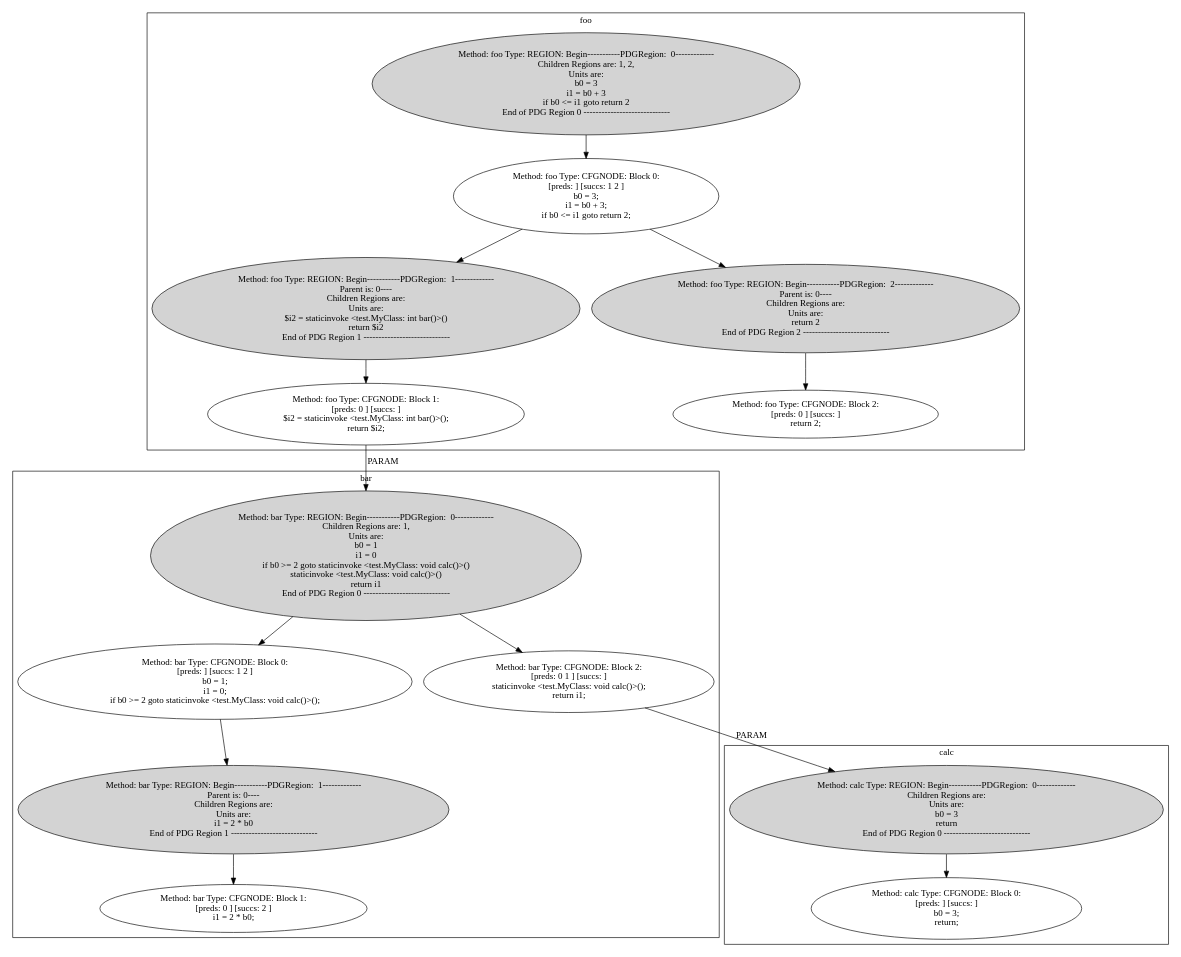
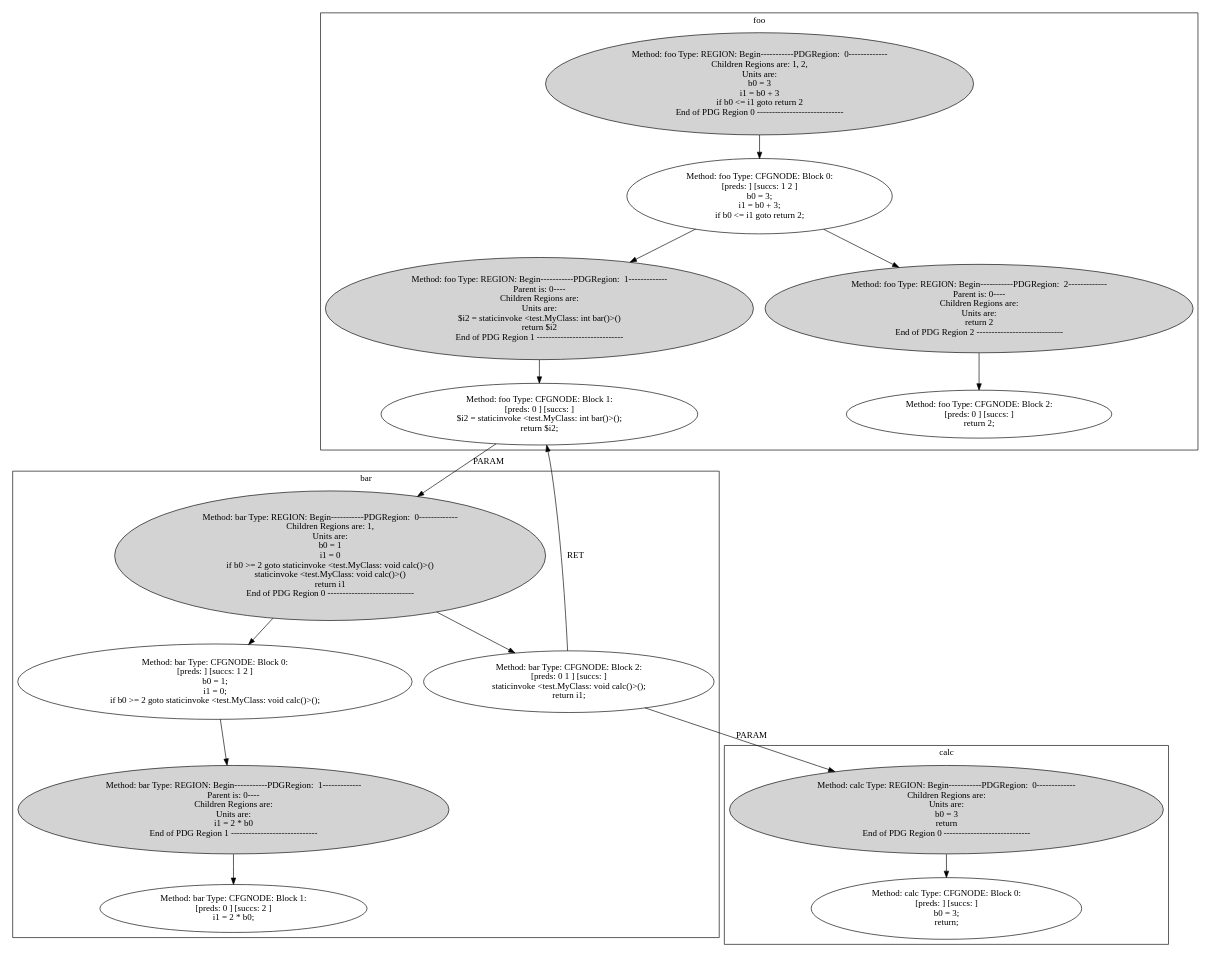
Before and after one commit to LasseThostrup/PTAA_Project: the diagram in soot_test_v2/output/dotGraphTest.dot, drawn with Graphviz. The commit also changed 1 other file, not shown here.

Commit message:
Added simple support for creating return edges

```diff
--- a/soot_test_v2/output/dotGraphTest.dot
+++ b/soot_test_v2/output/dotGraphTest.dot
@@ -1,40 +1,41 @@
 digraph "System Dependence Graph" {
     subgraph "cluster_foo" {
         label="foo";
-        "880654310" [label="Method: foo Type: REGION: Begin-----------PDGRegion:  0-------------\nChildren Regions are: 1, 2, \nUnits are: \nb0 = 3\ni1 = b0 + 3\nif b0 <= i1 goto return 2\nEnd of PDG Region 0 -----------------------------\n",style=filled,];
-        "1833564639" [label="Method: foo Type: CFGNODE: Block 0:\n[preds: ] [succs: 1 2 ]\nb0 = 3;\ni1 = b0 + 3;\nif b0 <= i1 goto return 2;\n",];
-        "880654310"->"1833564639";
-        "67824172" [style=filled,label="Method: foo Type: REGION: Begin-----------PDGRegion:  1-------------\nParent is: 0----\nChildren Regions are: \nUnits are: \n$i2 = staticinvoke <test.MyClass: int bar()>()\nreturn $i2\nEnd of PDG Region 1 -----------------------------\n",];
-        "1833564639"->"67824172";
-        "1218743501" [style=filled,label="Method: foo Type: REGION: Begin-----------PDGRegion:  2-------------\nParent is: 0----\nChildren Regions are: \nUnits are: \nreturn 2\nEnd of PDG Region 2 -----------------------------\n",];
-        "1833564639"->"1218743501";
-        "1602469048" [label="Method: foo Type: CFGNODE: Block 1:\n[preds: 0 ] [succs: ]\n$i2 = staticinvoke <test.MyClass: int bar()>();\nreturn $i2;\n",];
-        "67824172"->"1602469048";
-        "1104872709" [label="Method: foo Type: CFGNODE: Block 2:\n[preds: 0 ] [succs: ]\nreturn 2;\n",];
-        "1218743501"->"1104872709";
+        "1895334381" [label="Method: foo Type: REGION: Begin-----------PDGRegion:  0-------------\nChildren Regions are: 1, 2, \nUnits are: \nb0 = 3\ni1 = b0 + 3\nif b0 <= i1 goto return 2\nEnd of PDG Region 0 -----------------------------\n",style=filled,];
+        "295652216" [label="Method: foo Type: CFGNODE: Block 0:\n[preds: ] [succs: 1 2 ]\nb0 = 3;\ni1 = b0 + 3;\nif b0 <= i1 goto return 2;\n",];
+        "1895334381"->"295652216";
+        "1185981398" [style=filled,label="Method: foo Type: REGION: Begin-----------PDGRegion:  1-------------\nParent is: 0----\nChildren Regions are: \nUnits are: \n$i2 = staticinvoke <test.MyClass: int bar()>()\nreturn $i2\nEnd of PDG Region 1 -----------------------------\n",];
+        "295652216"->"1185981398";
+        "1872305359" [style=filled,label="Method: foo Type: REGION: Begin-----------PDGRegion:  2-------------\nParent is: 0----\nChildren Regions are: \nUnits are: \nreturn 2\nEnd of PDG Region 2 -----------------------------\n",];
+        "295652216"->"1872305359";
+        "74479789" [label="Method: foo Type: CFGNODE: Block 1:\n[preds: 0 ] [succs: ]\n$i2 = staticinvoke <test.MyClass: int bar()>();\nreturn $i2;\n",];
+        "1185981398"->"74479789";
+        "1946331169" [label="Method: foo Type: CFGNODE: Block 2:\n[preds: 0 ] [succs: ]\nreturn 2;\n",];
+        "1872305359"->"1946331169";
     }
     subgraph "cluster_bar" {
         label="bar";
-        "429877854" [label="Method: bar Type: REGION: Begin-----------PDGRegion:  0-------------\nChildren Regions are: 1, \nUnits are: \nb0 = 1\ni1 = 0\nif b0 >= 2 goto staticinvoke <test.MyClass: void calc()>()\nstaticinvoke <test.MyClass: void calc()>()\nreturn i1\nEnd of PDG Region 0 -----------------------------\n",style=filled,];
-        "807839224" [label="Method: bar Type: CFGNODE: Block 0:\n[preds: ] [succs: 1 2 ]\nb0 = 1;\ni1 = 0;\nif b0 >= 2 goto staticinvoke <test.MyClass: void calc()>();\n",];
-        "429877854"->"807839224";
-        "284124153" [label="Method: bar Type: CFGNODE: Block 2:\n[preds: 0 1 ] [succs: ]\nstaticinvoke <test.MyClass: void calc()>();\nreturn i1;\n",];
-        "429877854"->"284124153";
-        "1503779328" [style=filled,label="Method: bar Type: REGION: Begin-----------PDGRegion:  1-------------\nParent is: 0----\nChildren Regions are: \nUnits are: \ni1 = 2 * b0\nEnd of PDG Region 1 -----------------------------\n",];
-        "807839224"->"1503779328";
-        "1418492190" [label="Method: bar Type: CFGNODE: Block 1:\n[preds: 0 ] [succs: 2 ]\ni1 = 2 * b0;\n",];
-        "1503779328"->"1418492190";
+        "1063410572" [label="Method: bar Type: REGION: Begin-----------PDGRegion:  0-------------\nChildren Regions are: 1, \nUnits are: \nb0 = 1\ni1 = 0\nif b0 >= 2 goto staticinvoke <test.MyClass: void calc()>()\nstaticinvoke <test.MyClass: void calc()>()\nreturn i1\nEnd of PDG Region 0 -----------------------------\n",style=filled,];
+        "1893360267" [label="Method: bar Type: CFGNODE: Block 0:\n[preds: ] [succs: 1 2 ]\nb0 = 1;\ni1 = 0;\nif b0 >= 2 goto staticinvoke <test.MyClass: void calc()>();\n",];
+        "1063410572"->"1893360267";
+        "1240835673" [label="Method: bar Type: CFGNODE: Block 2:\n[preds: 0 1 ] [succs: ]\nstaticinvoke <test.MyClass: void calc()>();\nreturn i1;\n",];
+        "1063410572"->"1240835673";
+        "1458860096" [style=filled,label="Method: bar Type: REGION: Begin-----------PDGRegion:  1-------------\nParent is: 0----\nChildren Regions are: \nUnits are: \ni1 = 2 * b0\nEnd of PDG Region 1 -----------------------------\n",];
+        "1893360267"->"1458860096";
+        "511460094" [label="Method: bar Type: CFGNODE: Block 1:\n[preds: 0 ] [succs: 2 ]\ni1 = 2 * b0;\n",];
+        "1458860096"->"511460094";
     }
     subgraph "cluster_calc" {
         label="calc";
-        "1333667589" [label="Method: calc Type: REGION: Begin-----------PDGRegion:  0-------------\nChildren Regions are: \nUnits are: \nb0 = 3\nreturn\nEnd of PDG Region 0 -----------------------------\n",style=filled,];
-        "1664921113" [label="Method: calc Type: CFGNODE: Block 0:\n[preds: ] [succs: ]\nb0 = 3;\nreturn;\n",];
-        "1333667589"->"1664921113";
+        "1666811772" [label="Method: calc Type: REGION: Begin-----------PDGRegion:  0-------------\nChildren Regions are: \nUnits are: \nb0 = 3\nreturn\nEnd of PDG Region 0 -----------------------------\n",style=filled,];
+        "1588861977" [label="Method: calc Type: CFGNODE: Block 0:\n[preds: ] [succs: ]\nb0 = 3;\nreturn;\n",];
+        "1666811772"->"1588861977";
     }
-    "1602469048"
-    "429877854"
-    "1602469048"->"429877854" [label="PARAM",];
-    "284124153"
-    "1333667589"
-    "284124153"->"1333667589" [label="PARAM",];
+    "74479789"
+    "1063410572"
+    "74479789"->"1063410572" [label="PARAM",];
+    "1240835673"
+    "1240835673"->"74479789" [label="RET",];
+    "1666811772"
+    "1240835673"->"1666811772" [label="PARAM",];
 }
```
